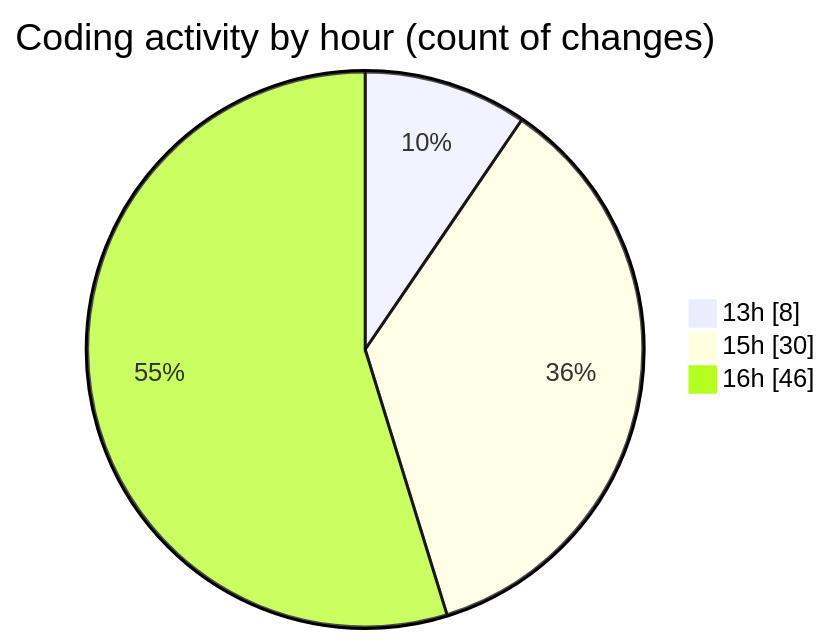
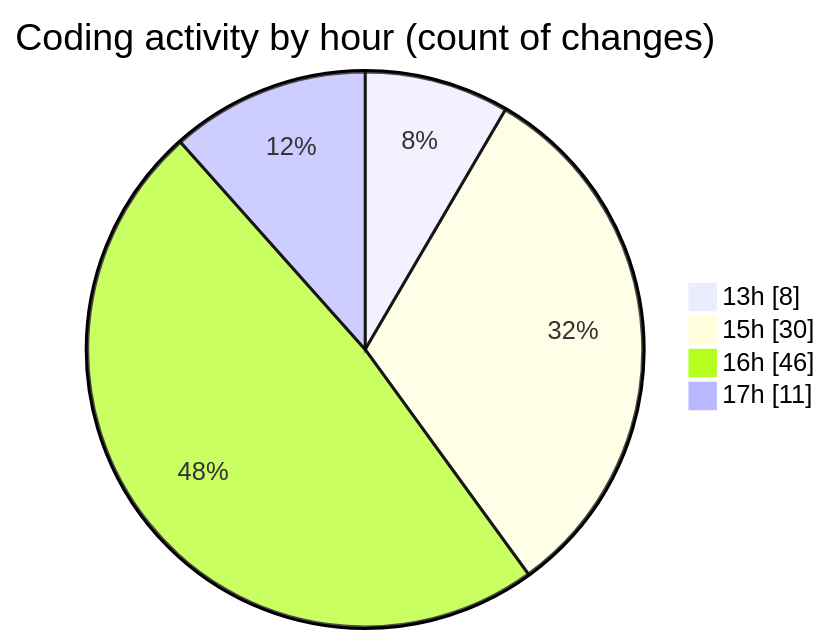
Before and after one commit to nxtqubesakshisongat/code-tracking: the second of 2 diagrams in 2025-04-08/nxtqube_webapp/README.md, drawn with Mermaid. The commit also changed other lines of this file and 1 other file, not shown here.

````diff
--- a/2025-04-08/nxtqube_webapp/README.md
+++ b/2025-04-08/nxtqube_webapp/README.md
@@ -32,7 +32,8 @@
 ```mermaid
 pie showData
 title Coding activity by hour (count of changes)
 "13h" : 8
 "15h" : 30
 "16h" : 46
+"17h" : 11
 ```
````
